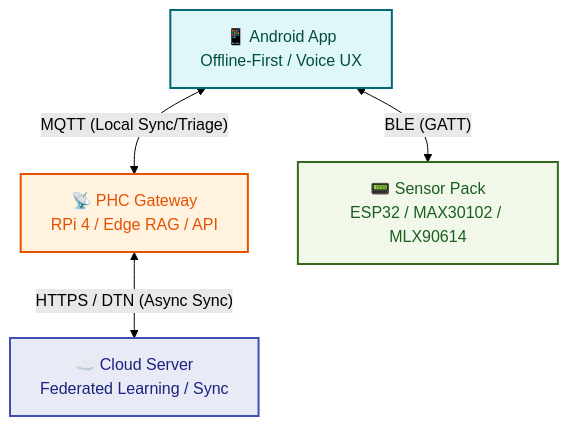
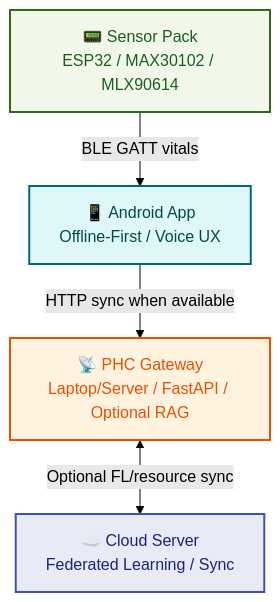
One commit to varunaditya27/AyushBot changed the diagram in README.md. Above: the diagram before and after it, drawn with Mermaid (forest theme). The commit also changed other lines of this file and 33 other files, not shown here.

````diff
--- a/README.md
+++ b/README.md
@@ -25,19 +25,19 @@
 ```mermaid
 graph TD
     %% Core Nodes
     A[📱 Android App<br/>Offline-First / Voice UX]:::app
-    B[📡 PHC Gateway<br/>RPi 4 / Edge RAG / API]:::gateway
+    B[📡 PHC Gateway<br/>Laptop/Server / FastAPI / Optional RAG]:::gateway
     C[☁️ Cloud Server<br/>Federated Learning / Sync]:::cloud
     D[📟 Sensor Pack<br/>ESP32 / MAX30102 / MLX90614]:::firmware
     
     %% Relationships
-    A <-- "BLE (GATT)" --> D
-    A <-- "MQTT (Local Sync/Triage)" --> B
-    B <-- "HTTPS / DTN (Async Sync)" --> C
+    D -- "BLE GATT vitals" --> A
+    A -- "HTTP sync when available" --> B
+    B <-- "Optional FL/resource sync" --> C
     
     %% Styling
     classDef app fill:#e0f7fa,stroke:#006874,stroke-width:2px,color:#004d40;
     classDef gateway fill:#fff3e0,stroke:#e65100,stroke-width:2px,color:#e65100;
     classDef cloud fill:#e8eaf6,stroke:#3f51b5,stroke-width:2px,color:#1a237e;
     classDef firmware fill:#f1f8e9,stroke:#33691e,stroke-width:2px,color:#1b5e20;
 ```
````
